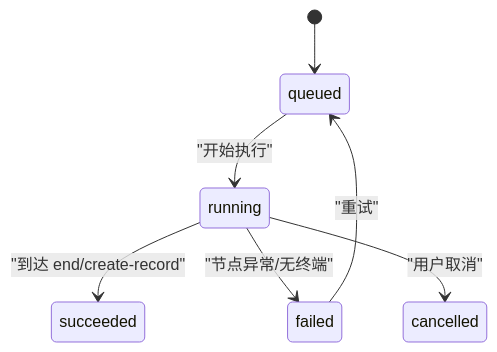
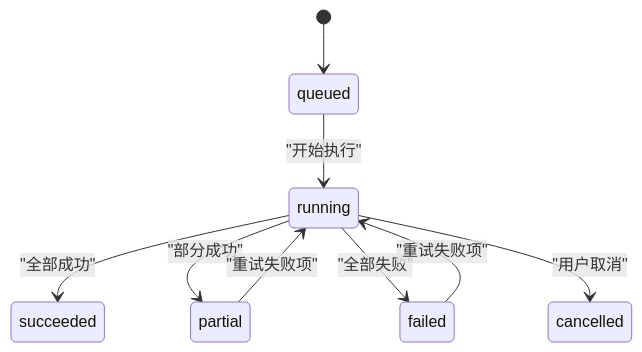
One commit to huiliuxu780/MoreThanCorn changed the third of 4 diagrams in .qoder/repowiki/zh/content/任务与执行域.md. Above: the diagram before and after it, drawn with Mermaid. The commit also changed other lines of this file and 154 other files, not shown here.

````diff
--- a/.qoder/repowiki/zh/content/任务与执行域.md
+++ b/.qoder/repowiki/zh/content/任务与执行域.md
@@ -161,9 +169,11 @@
 ```mermaid
 stateDiagram-v2
 [*] --> queued
 queued --> running : "开始执行"
-running --> succeeded : "到达 end/create-record"
-running --> failed : "节点异常/无终端"
+running --> succeeded : "全部成功"
+running --> partial : "部分成功"
+running --> failed : "全部失败"
 running --> cancelled : "用户取消"
-failed --> queued : "重试"
+partial --> running : "重试失败项"
+failed --> running : "重试失败项"
 ```
````
